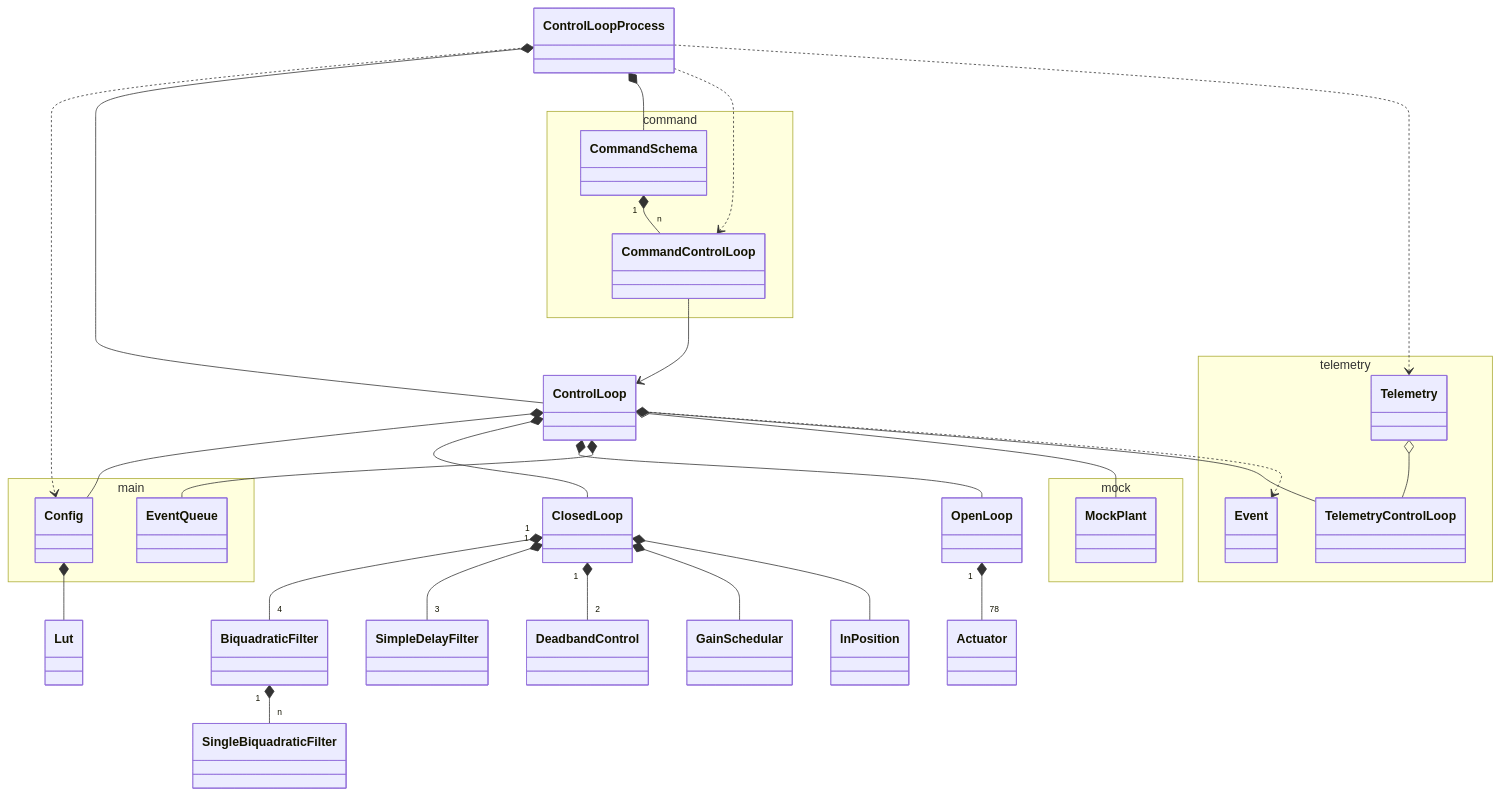
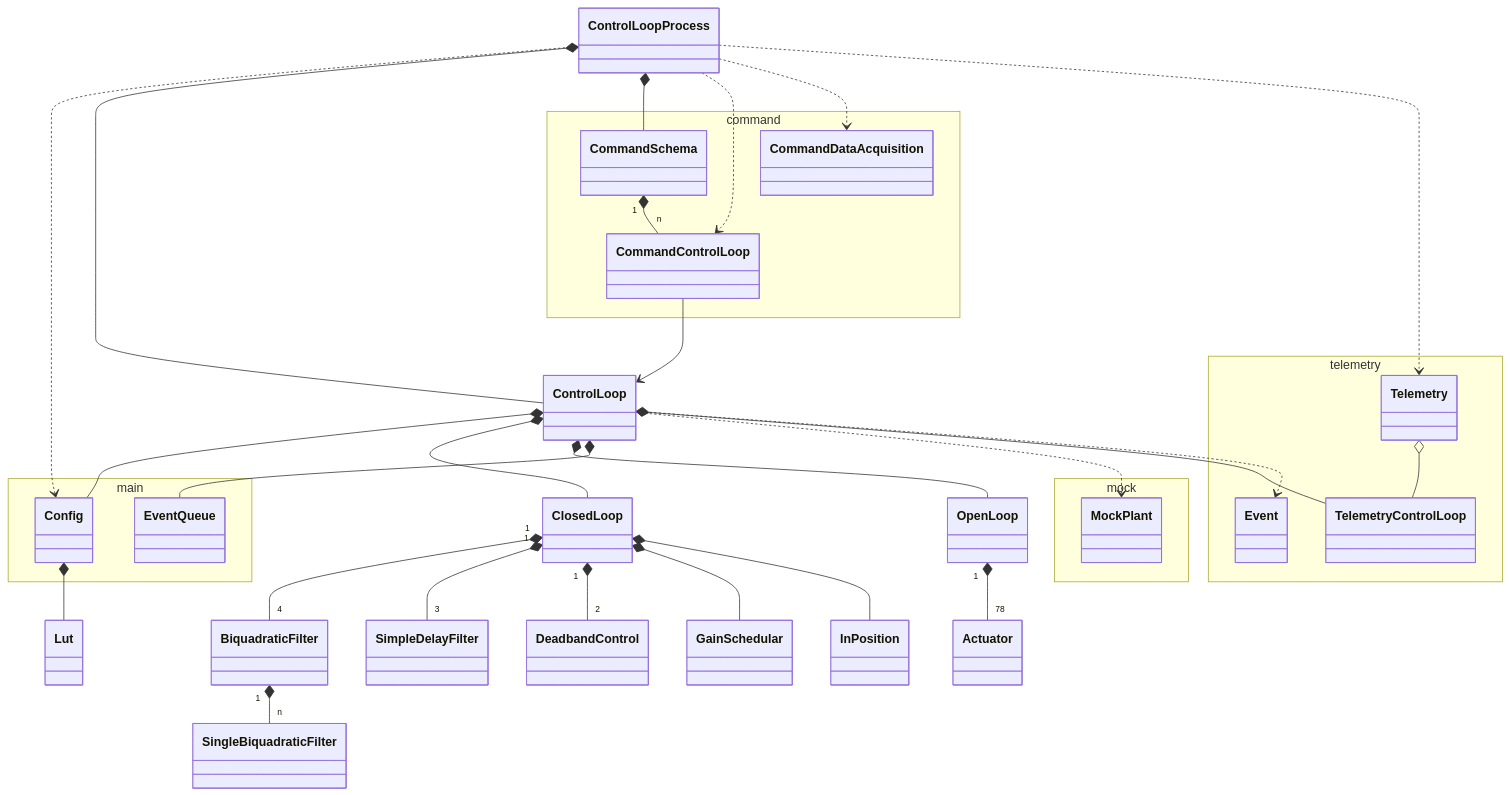
The fourth of 8 diagrams in doc/class_diagram.md (lsst-ts/ts_mtm2_controller), drawn with Mermaid before and after one commit. The commit also changed 2 other files, not shown here.

Commit message:
Update the documents.

````diff
--- a/doc/class_diagram.md
+++ b/doc/class_diagram.md
@@ -195,55 +195,57 @@
 ```mermaid
 classDiagram
 
 namespace main {
   class Config
   class EventQueue
 }
 
 namespace mock {
   class MockPlant
 }
 
 namespace telemetry {
   class Event
   class Telemetry
   class TelemetryControlLoop
 }
 
 Telemetry o-- TelemetryControlLoop
 
 namespace command {
   class CommandSchema
   class CommandControlLoop
+  class CommandDataAcquisition
 }
 
 CommandSchema "1" *-- "n" CommandControlLoop
 
 ControlLoopProcess ..> Config
 ControlLoopProcess *-- ControlLoop
 ControlLoopProcess *-- CommandSchema
 ControlLoopProcess ..> CommandControlLoop
+ControlLoopProcess ..> CommandDataAcquisition
 ControlLoopProcess ..> Telemetry
 
 CommandControlLoop --> ControlLoop
 
 ControlLoop *-- Config
 ControlLoop *-- ClosedLoop
 ControlLoop *-- OpenLoop
 ControlLoop *-- TelemetryControlLoop
 ControlLoop *-- EventQueue
-ControlLoop o-- MockPlant
+ControlLoop ..> MockPlant
 ControlLoop ..> Event
 
 Config *-- Lut
 
 ClosedLoop "1" *-- "4" BiquadraticFilter
 ClosedLoop "1" *-- "3" SimpleDelayFilter
 ClosedLoop "1" *-- "2" DeadbandControl
 ClosedLoop *-- GainSchedular
 ClosedLoop *-- InPosition
 
 BiquadraticFilter "1" *-- "n" SingleBiquadraticFilter
 
 OpenLoop "1" *-- "78" Actuator
 ```
````
